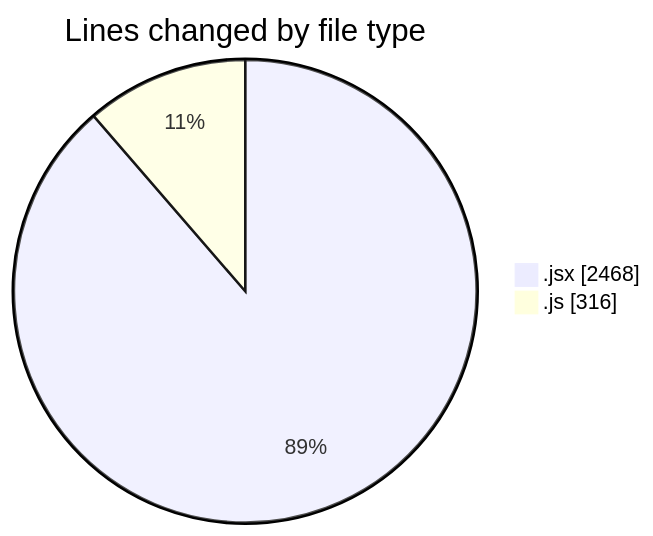
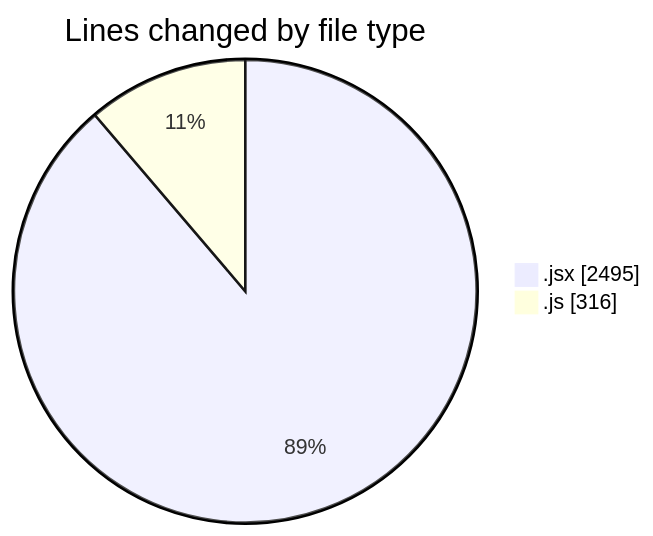
Before and after one commit to nxtqubesakshisongat/code-tracking: the first of 2 diagrams in 2025-07-13/argos/README.md, drawn with Mermaid. The commit also changed other lines of this file and 1 other file, not shown here.

````diff
--- a/2025-07-13/argos/README.md
+++ b/2025-07-13/argos/README.md
@@ -21,6 +21,6 @@
 ```mermaid
 pie showData
 title Lines changed by file type
-".jsx" : 2468
+".jsx" : 2495
 ".js" : 316
 ```
````
